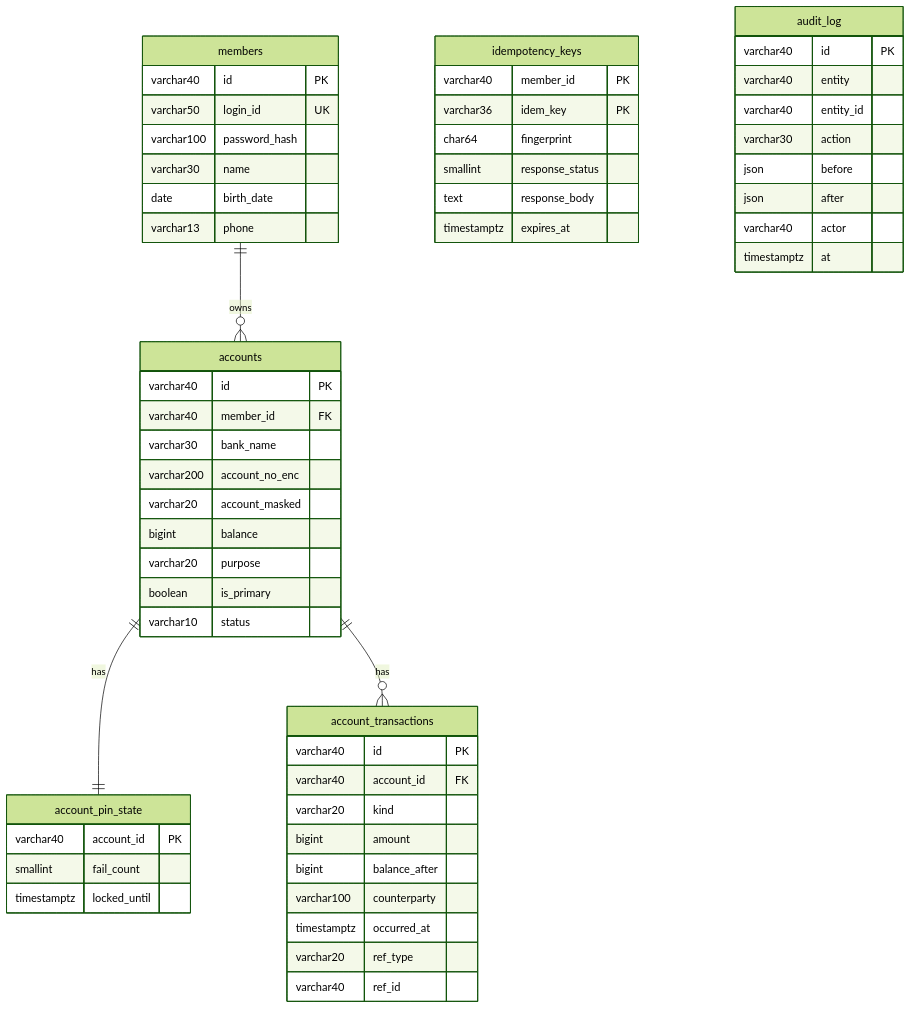
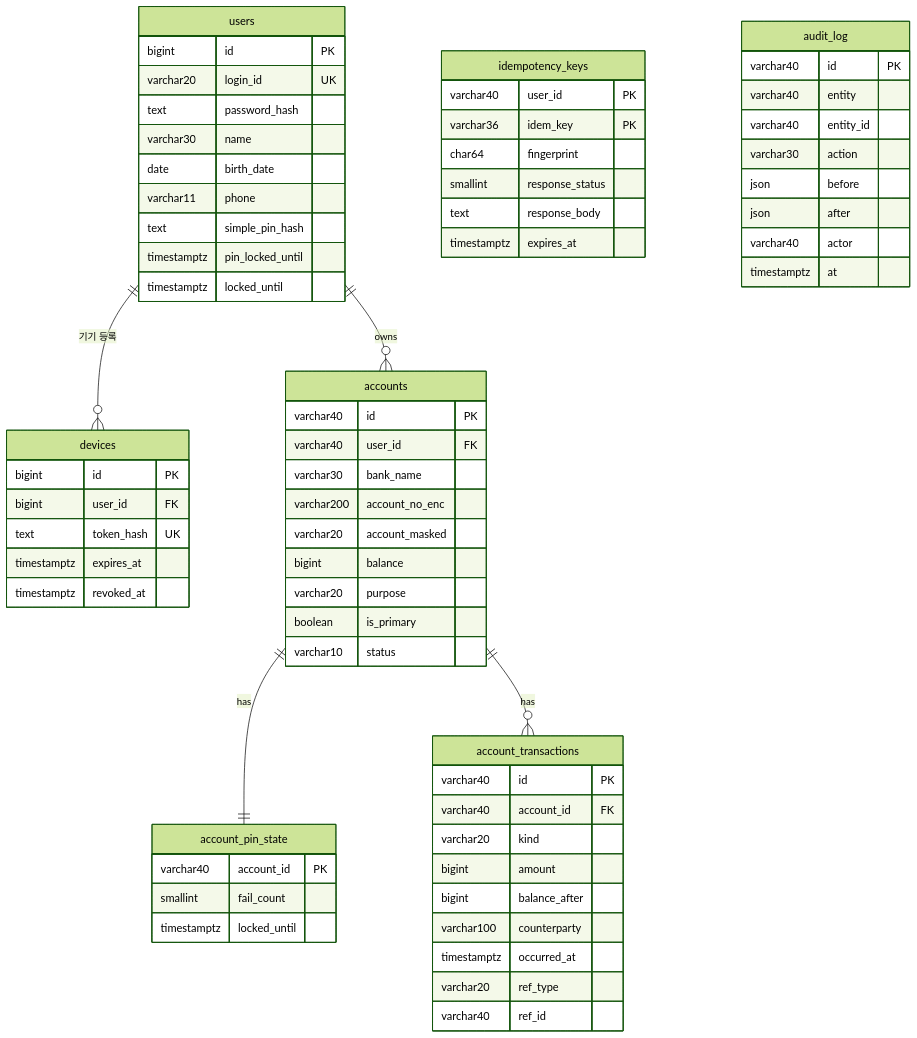
Before and after one commit to MumuKim0212/aim-middle-project: the second of 5 diagrams in docs/db/erd.md, drawn with Mermaid (forest theme). The commit also changed other lines of this file and 36 other files, not shown here.

First line of the commit message:
Auth: sign-up, login, session, simple PIN, device cookie; switch to users/user_id and protect the ledger

````diff
--- a/docs/db/erd.md
+++ b/docs/db/erd.md
@@ -66,59 +66,70 @@
 ```mermaid
 erDiagram
-    members {
-        varchar40 id PK
-        varchar50 login_id UK
-        varchar100 password_hash
+    users {
+        bigint id PK
+        varchar20 login_id UK
+        text password_hash
         varchar30 name
         date birth_date
-        varchar13 phone
+        varchar11 phone
+        text simple_pin_hash
+        timestamptz pin_locked_until
+        timestamptz locked_until
     }
+    devices {
+        bigint id PK
+        bigint user_id FK
+        text token_hash UK
+        timestamptz expires_at
+        timestamptz revoked_at
+    }
+    users ||--o{ devices : "기기 등록"
     accounts {
         varchar40 id PK
-        varchar40 member_id FK
+        varchar40 user_id FK
         varchar30 bank_name
         varchar200 account_no_enc
         varchar20 account_masked
         bigint balance
         varchar20 purpose
         boolean is_primary
         varchar10 status
     }
     account_pin_state {
         varchar40 account_id PK
         smallint fail_count
         timestamptz locked_until
     }
     account_transactions {
         varchar40 id PK
         varchar40 account_id FK
         varchar20 kind
         bigint amount
         bigint balance_after
         varchar100 counterparty
         timestamptz occurred_at
         varchar20 ref_type
         varchar40 ref_id
     }
     idempotency_keys {
-        varchar40 member_id PK
+        varchar40 user_id PK
         varchar36 idem_key PK
         char64 fingerprint
         smallint response_status
         text response_body
         timestamptz expires_at
     }
     audit_log {
         varchar40 id PK
         varchar40 entity
         varchar40 entity_id
         varchar30 action
         json before
         json after
         varchar40 actor
         timestamptz at
     }
-    members ||--o{ accounts : owns
+    users ||--o{ accounts : owns
     accounts ||--|| account_pin_state : has
     accounts ||--o{ account_transactions : has
 ```
````
